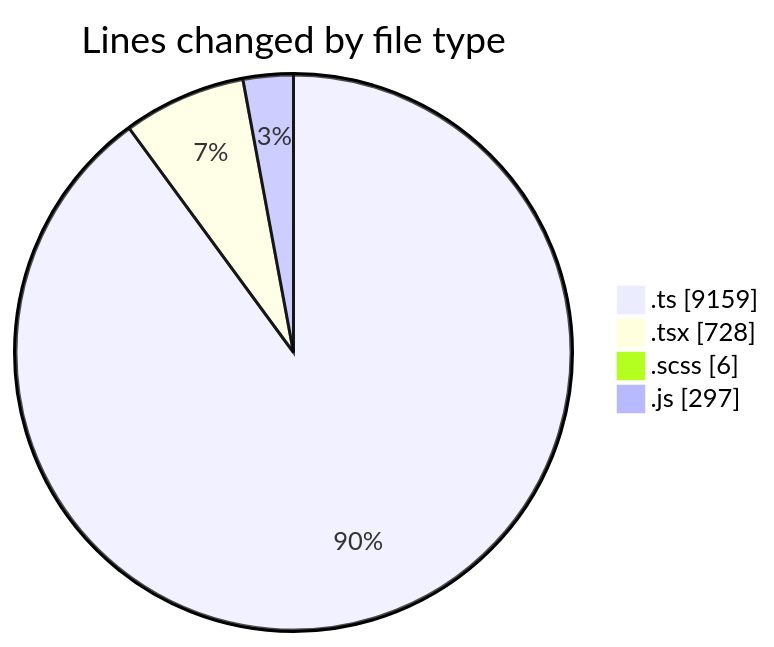
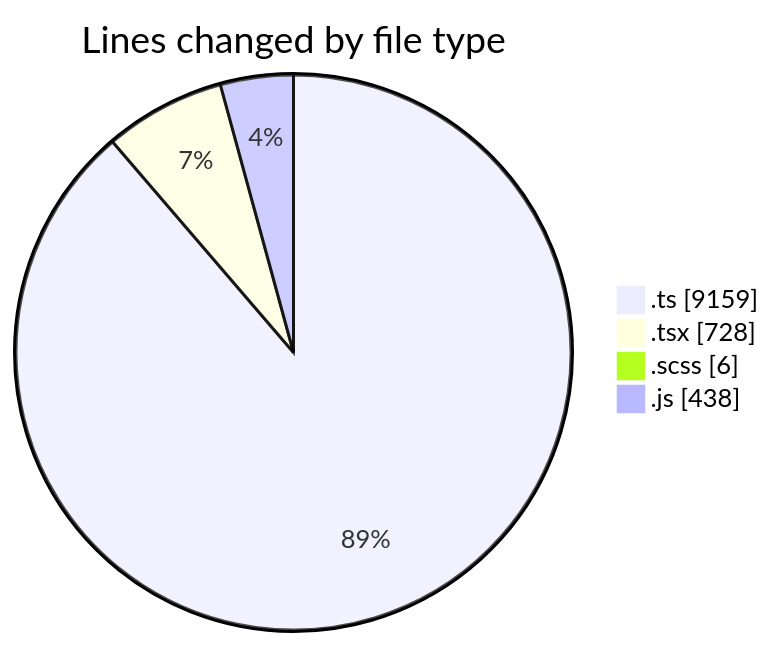
Before and after one commit to momahboobian/code-tracking: the first of 2 diagrams in 2026-03-17/cda/README.md, drawn with Mermaid. The commit also changed other lines of this file and 1 other file, not shown here.

````diff
--- a/2026-03-17/cda/README.md
+++ b/2026-03-17/cda/README.md
@@ -28,8 +29,8 @@
 ```mermaid
 pie showData
 title Lines changed by file type
 ".ts" : 9159
 ".tsx" : 728
 ".scss" : 6
-".js" : 297
+".js" : 438
 ```
````
